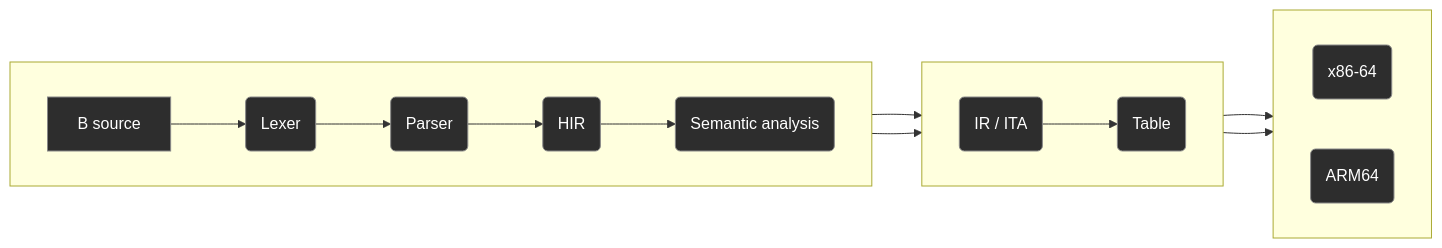
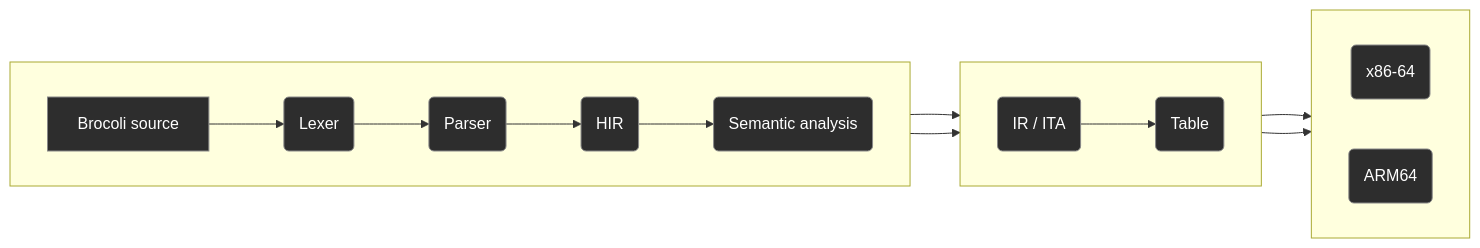
The diagram in README.md (jahan-addison/credence), drawn with Mermaid before and after one commit. The commit also changed other lines of this file and 12 other files, not shown here.

````diff
--- a/README.md
+++ b/README.md
@@ -25,34 +27,34 @@
 ```mermaid
 flowchart LR
     subgraph Frontend [" "]
         direction LR
-        A[B source] --> B(Lexer)
+        A[Brocoli source] --> B(Lexer)
         B --> C(Parser)
         C --> H(HIR)
         H --> I(Semantic analysis)
     end
     subgraph Middle [" "]
         direction LR
         D(IR / ITA)
         E(Table)
     end
     subgraph Backend [" "]
         direction LR
         F(x86-64)
         G(ARM64)
     end
     I --> D --> E
     I --> E
     E --> F
     E --> G
 
     style A fill:#2d2d2d,stroke:#888,color:#fff
     style B fill:#2d2d2d,stroke:#888,color:#fff
     style C fill:#2d2d2d,stroke:#888,color:#fff
     style D fill:#2d2d2d,stroke:#888,color:#fff
     style E fill:#2d2d2d,stroke:#888,color:#fff
     style F fill:#2d2d2d,stroke:#888,color:#fff
     style G fill:#2d2d2d,stroke:#888,color:#fff
     style H fill:#2d2d2d,stroke:#888,color:#fff
     style I fill:#2d2d2d,stroke:#888,color:#fff
 ```
````
